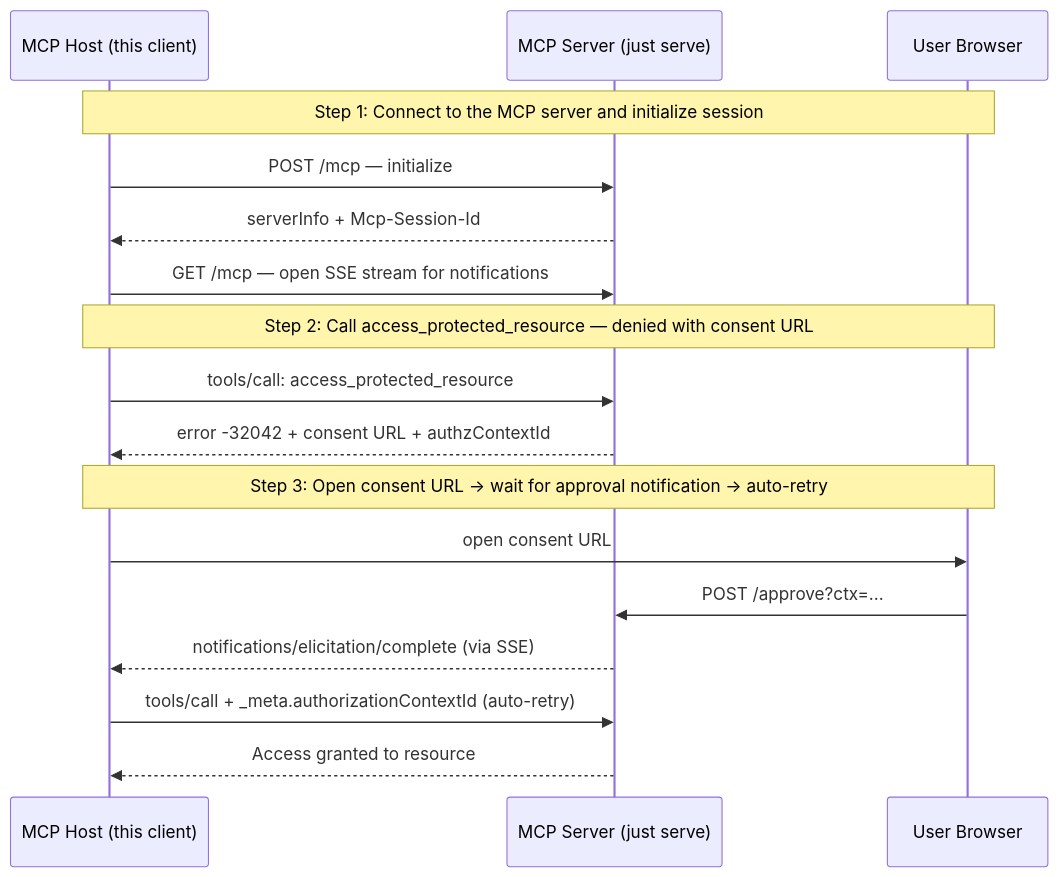
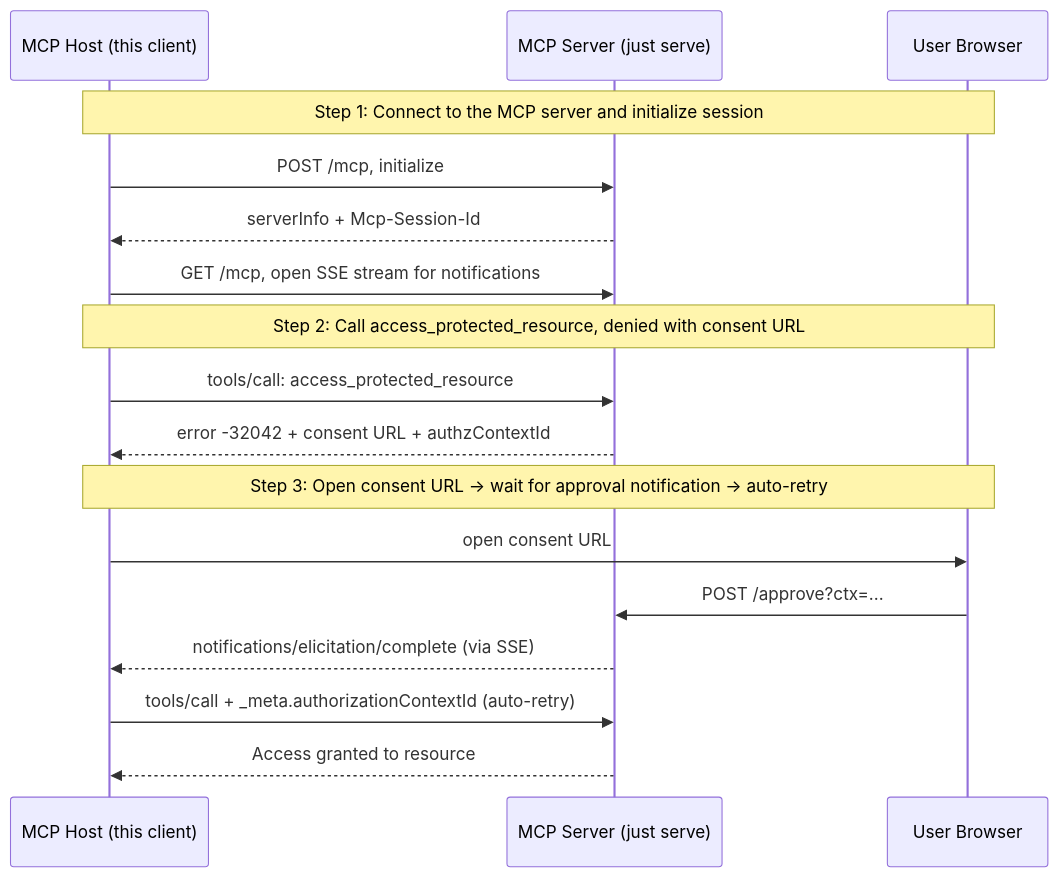
One commit to panyam/mcpkit changed the diagram in examples/elicitation/WALKTHROUGH.md. Above: the diagram before and after it, drawn with Mermaid. The commit also changed other lines of this file and 54 other files, not shown here.

````diff
--- a/examples/elicitation/WALKTHROUGH.md
+++ b/examples/elicitation/WALKTHROUGH.md
@@ -13,22 +13,22 @@
 ```mermaid
 sequenceDiagram
     participant Host as MCP Host (this client)
     participant Server as MCP Server (just serve)
     participant Browser as User Browser
 
     Note over Host,Browser: Step 1: Connect to the MCP server and initialize session
-    Host->>Server: POST /mcp — initialize
+    Host->>Server: POST /mcp, initialize
     Server-->>Host: serverInfo + Mcp-Session-Id
-    Host->>Server: GET /mcp — open SSE stream for notifications
+    Host->>Server: GET /mcp, open SSE stream for notifications
 
-    Note over Host,Browser: Step 2: Call access_protected_resource — denied with consent URL
+    Note over Host,Browser: Step 2: Call access_protected_resource, denied with consent URL
     Host->>Server: tools/call: access_protected_resource
     Server-->>Host: error -32042 + consent URL + authzContextId
 
     Note over Host,Browser: Step 3: Open consent URL → wait for approval notification → auto-retry
     Host->>Browser: open consent URL
     Browser->>Server: POST /approve?ctx=...
     Server-->>Host: notifications/elicitation/complete (via SSE)
     Host->>Server: tools/call + _meta.authorizationContextId (auto-retry)
     Server-->>Host: Access granted to resource
 ```
````
